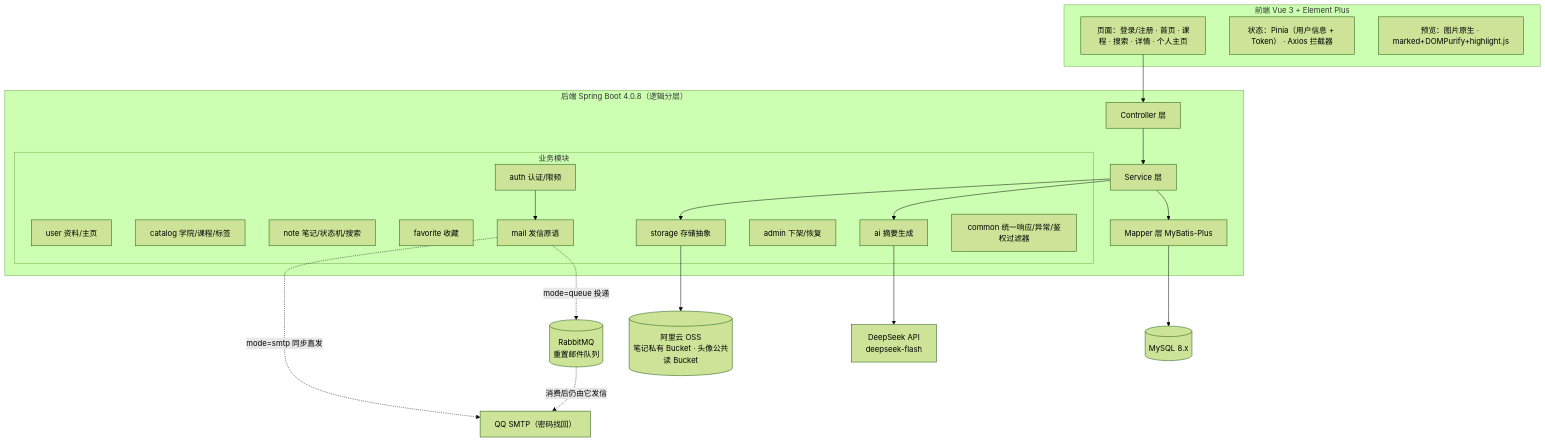
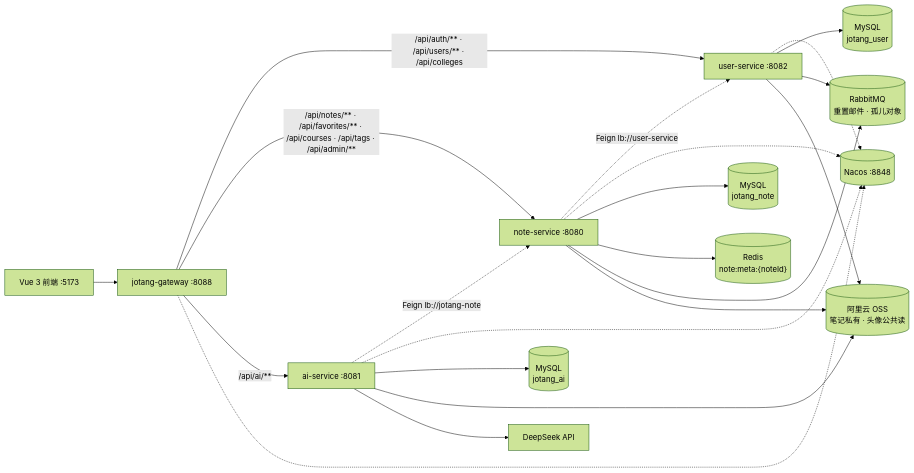
One commit to ShiwarHoufu/jotang-note changed the first of 3 diagrams in docs/系统设计.md. Above: the diagram before and after it, drawn with Mermaid (forest theme). The commit also changed other lines of this file and 22 other files, not shown here.

````diff
--- a/docs/系统设计.md
+++ b/docs/系统设计.md
@@ -9,40 +29,27 @@
 ```mermaid
-flowchart TB
-  subgraph FE["前端 Vue 3 + Element Plus"]
-    P1["页面：登录/注册 · 首页 · 课程 · 搜索 · 详情 · 个人主页"]
-    P2["状态：Pinia（用户信息 + Token） · Axios 拦截器"]
-    P3["预览：图片原生 · marked+DOMPurify+highlight.js"]
-  end
+flowchart LR
+  FE["Vue 3 前端 :5173"] --> GW["jotang-gateway :8088"]
 
-  subgraph BE["后端 Spring Boot 4.0.8（逻辑分层）"]
-    C["Controller 层"]
-    S["Service 层"]
-    M["Mapper 层 MyBatis-Plus"]
-    subgraph MOD["业务模块"]
-      MA["auth 认证/限频"]
-      MU["user 资料/主页"]
-      MC["catalog 学院/课程/标签"]
-      MN["note 笔记/状态机/搜索"]
-      MF["favorite 收藏"]
-      MS["storage 存储抽象"]
-      MMail["mail 发信原语"]
-      MAdm["admin 下架/恢复"]
-      MAI["ai 摘要生成"]
-      CM["common 统一响应/异常/鉴权过滤器"]
-    end
-  end
+  GW -->|"/api/auth/** · /api/users/** · /api/colleges"| USER["user-service :8082"]
+  GW -->|"/api/notes/** · /api/favorites/** · /api/courses · /api/tags · /api/admin/**"| NOTE["note-service :8080"]
+  GW -->|"/api/ai/**"| AI["ai-service :8081"]
 
-  DB[("MySQL 8.x")]
-  OSS[("阿里云 OSS<br/>笔记私有 Bucket · 头像公共读 Bucket")]
-  MAIL["QQ SMTP（密码找回）"]
-  MQ[("RabbitMQ<br/>重置邮件队列")]
-  LLM["DeepSeek API<br/>deepseek-flash"]
+  NOTE -.->|"Feign lb://user-service"| USER
+  AI -.->|"Feign lb://jotang-note"| NOTE
 
-  P1 --> C --> S --> M --> DB
-  S --> MS --> OSS
-  MA --> MMail
-  MMail -.->|mode=smtp 同步直发| MAIL
-  MMail -.->|mode=queue 投递| MQ
-  MQ -.->|消费后仍由它发信| MAIL
-  S --> MAI --> LLM
+  GW -.-> NACOS[("Nacos :8848")]
+  USER -.-> NACOS
+  NOTE -.-> NACOS
+  AI -.-> NACOS
+
+  USER --> DBU[("MySQL<br/>jotang_user")]
+  NOTE --> DBN[("MySQL<br/>jotang_note")]
+  AI --> DBA[("MySQL<br/>jotang_ai")]
+  NOTE --> REDIS[("Redis<br/>note:meta:{noteId}")]
+  USER --> MQ[("RabbitMQ<br/>重置邮件 · 孤儿对象")]
+  NOTE --> MQ
+  USER --> OSS[("阿里云 OSS<br/>笔记私有 · 头像公共读")]
+  NOTE --> OSS
+  AI --> OSS
+  AI --> LLM["DeepSeek API"]
 ```
````
